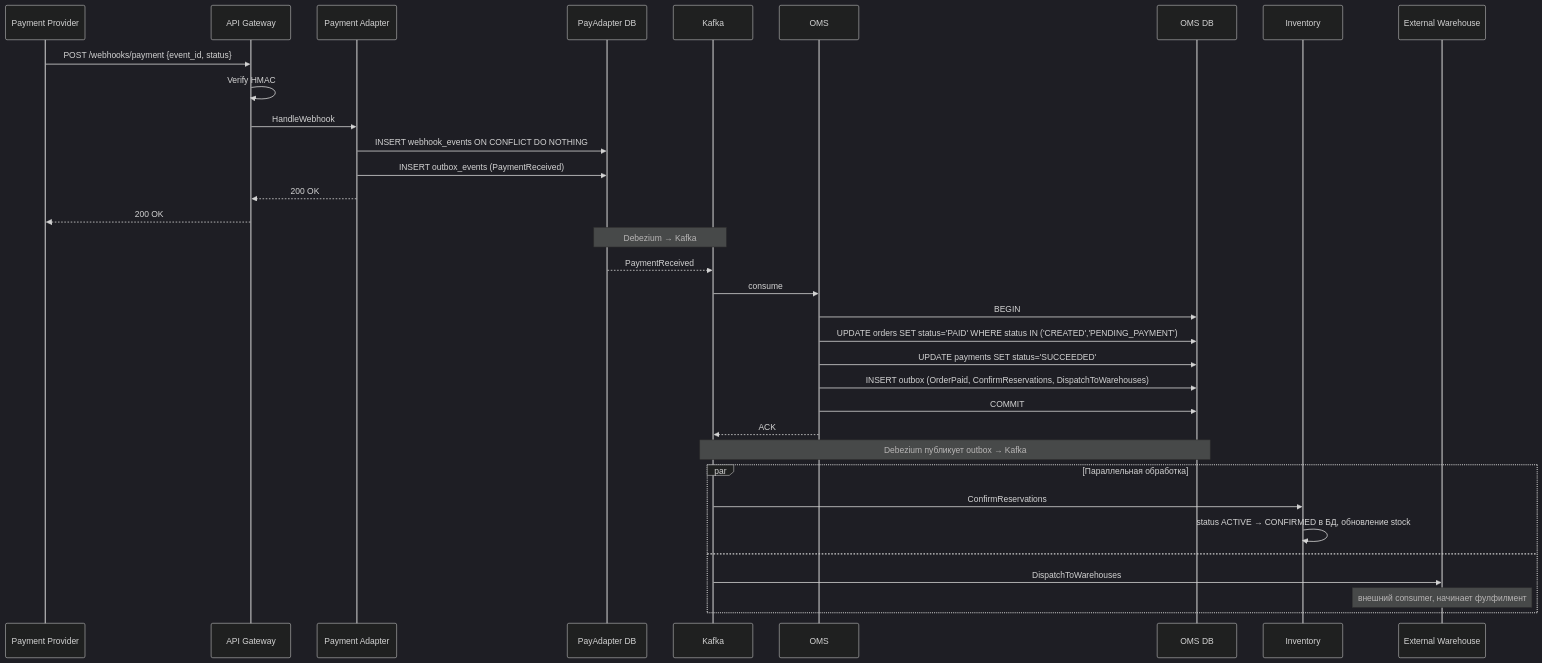
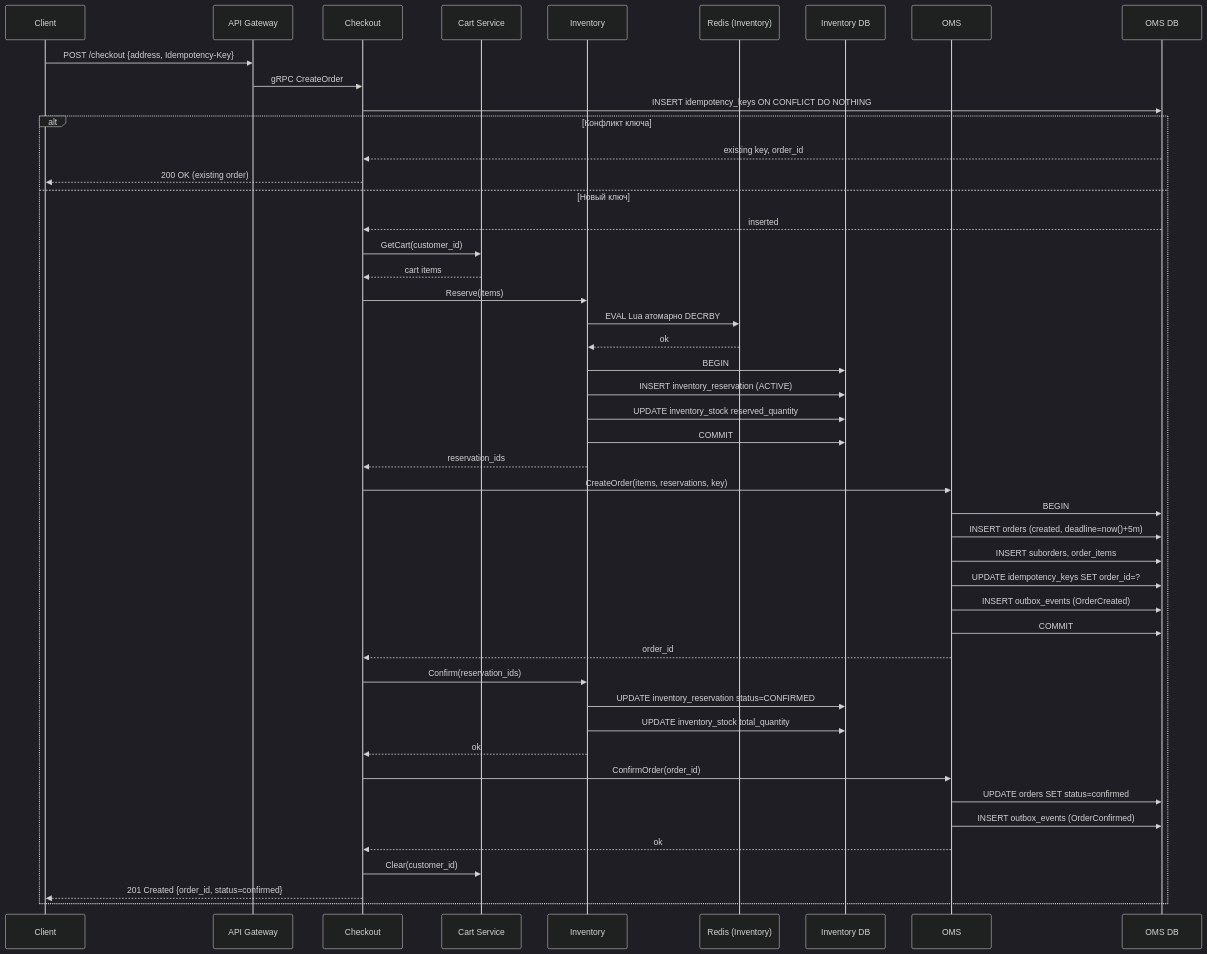
Before and after one commit to Unbiscuit/dev_sol: the eighth of 10 diagrams in marketplace-order-solution.md, drawn with Mermaid (dark theme). The commit also changed other lines of this file, not shown here.

````diff
--- a/marketplace-order-solution.md
+++ b/marketplace-order-solution.md
@@ -561,42 +575,58 @@
 ```mermaid
 sequenceDiagram
-    participant Provider as Payment Provider
+    participant Client
     participant Gateway as API Gateway
-    participant PayAdapter as Payment Adapter
-    participant PADb as PayAdapter DB
-    participant Kafka
+    participant Checkout
+    participant Cart as Cart Service
+    participant Inventory
+    participant InvRedis as Redis (Inventory)
+    participant InvDB as Inventory DB
     participant OMS
     participant OMSDB as OMS DB
-    participant Inventory
-    participant Warehouse as External Warehouse
 
-    Provider->>Gateway: POST /webhooks/payment {event_id, status}
-    Gateway->>Gateway: Verify HMAC
-    Gateway->>PayAdapter: HandleWebhook
+    Client->>Gateway: POST /checkout {address, Idempotency-Key}
+    Gateway->>Checkout: gRPC CreateOrder
 
-    PayAdapter->>PADb: INSERT webhook_events ON CONFLICT DO NOTHING
-    PayAdapter->>PADb: INSERT outbox_events (PaymentReceived)
-    PayAdapter-->>Gateway: 200 OK
-    Gateway-->>Provider: 200 OK
+    Checkout->>OMSDB: INSERT idempotency_keys ON CONFLICT DO NOTHING
+    alt Конфликт ключа
+        OMSDB-->>Checkout: existing key, order_id
+        Checkout-->>Client: 200 OK (existing order)
+    else Новый ключ
+        OMSDB-->>Checkout: inserted
 
-    Note over PADb, Kafka: Debezium → Kafka
-    PADb-->>Kafka: PaymentReceived
+        Checkout->>Cart: GetCart(customer_id)
+        Cart-->>Checkout: cart items
 
-    Kafka->>OMS: consume
-    OMS->>OMSDB: BEGIN
-    OMS->>OMSDB: UPDATE orders SET status='PAID' WHERE status IN ('CREATED','PENDING_PAYMENT')
-    OMS->>OMSDB: UPDATE payments SET status='SUCCEEDED'
-    OMS->>OMSDB: INSERT outbox (OrderPaid, ConfirmReservations, DispatchToWarehouses)
-    OMS->>OMSDB: COMMIT
-    OMS-->>Kafka: ACK
+        Checkout->>Inventory: Reserve(items)
+        Inventory->>InvRedis: EVAL Lua атомарно DECRBY
+        InvRedis-->>Inventory: ok
+        Inventory->>InvDB: BEGIN
+        Inventory->>InvDB: INSERT inventory_reservation (ACTIVE)
+        Inventory->>InvDB: UPDATE inventory_stock reserved_quantity
+        Inventory->>InvDB: COMMIT
+        Inventory-->>Checkout: reservation_ids
 
-    Note over OMSDB, Kafka: Debezium публикует outbox → Kafka
+        Checkout->>OMS: CreateOrder(items, reservations, key)
+        OMS->>OMSDB: BEGIN
+        OMS->>OMSDB: INSERT orders (created, deadline=now()+5m)
+        OMS->>OMSDB: INSERT suborders, order_items
+        OMS->>OMSDB: UPDATE idempotency_keys SET order_id=?
+        OMS->>OMSDB: INSERT outbox_events (OrderCreated)
+        OMS->>OMSDB: COMMIT
+        OMS-->>Checkout: order_id
 
-    par Параллельная обработка
-        Kafka->>Inventory: ConfirmReservations
-        Inventory->>Inventory: status ACTIVE → CONFIRMED в БД, обновление stock
-    and
-        Kafka->>Warehouse: DispatchToWarehouses
-        Note over Warehouse: внешний consumer, начинает фулфилмент
+        Checkout->>Inventory: Confirm(reservation_ids)
+        Inventory->>InvDB: UPDATE inventory_reservation status=CONFIRMED
+        Inventory->>InvDB: UPDATE inventory_stock total_quantity
+        Inventory-->>Checkout: ok
+
+        Checkout->>OMS: ConfirmOrder(order_id)
+        OMS->>OMSDB: UPDATE orders SET status=confirmed
+        OMS->>OMSDB: INSERT outbox_events (OrderConfirmed)
+        OMS-->>Checkout: ok
+
+        Checkout->>Cart: Clear(customer_id)
+
+        Checkout-->>Client: 201 Created {order_id, status=confirmed}
     end
 ```
````
